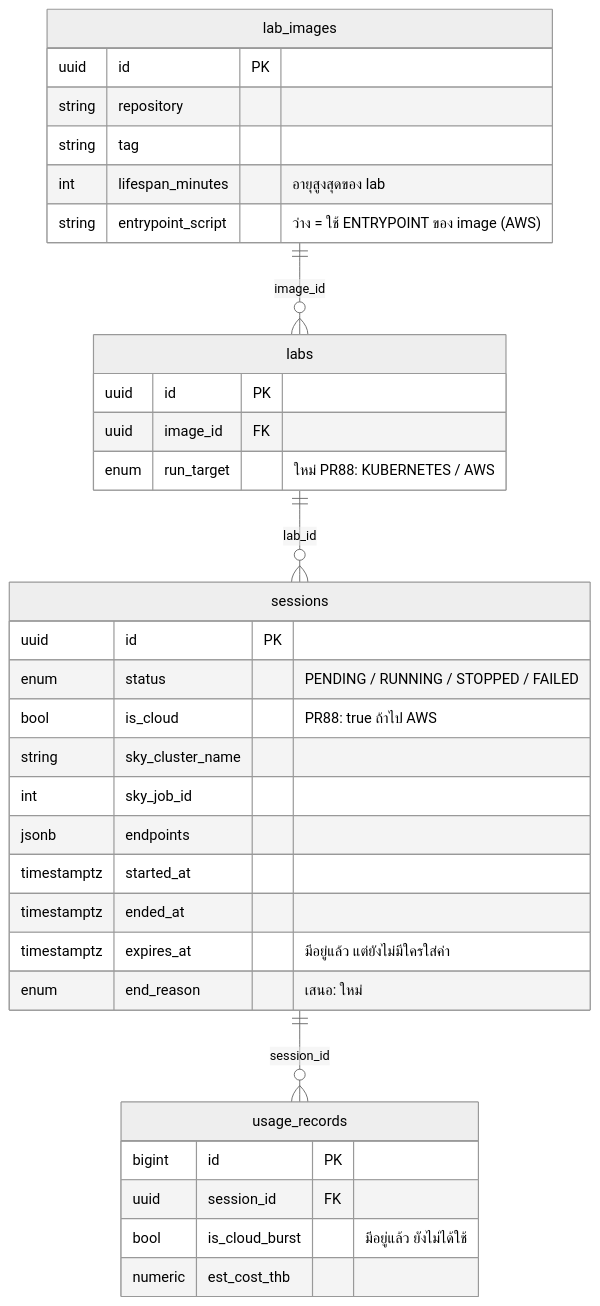
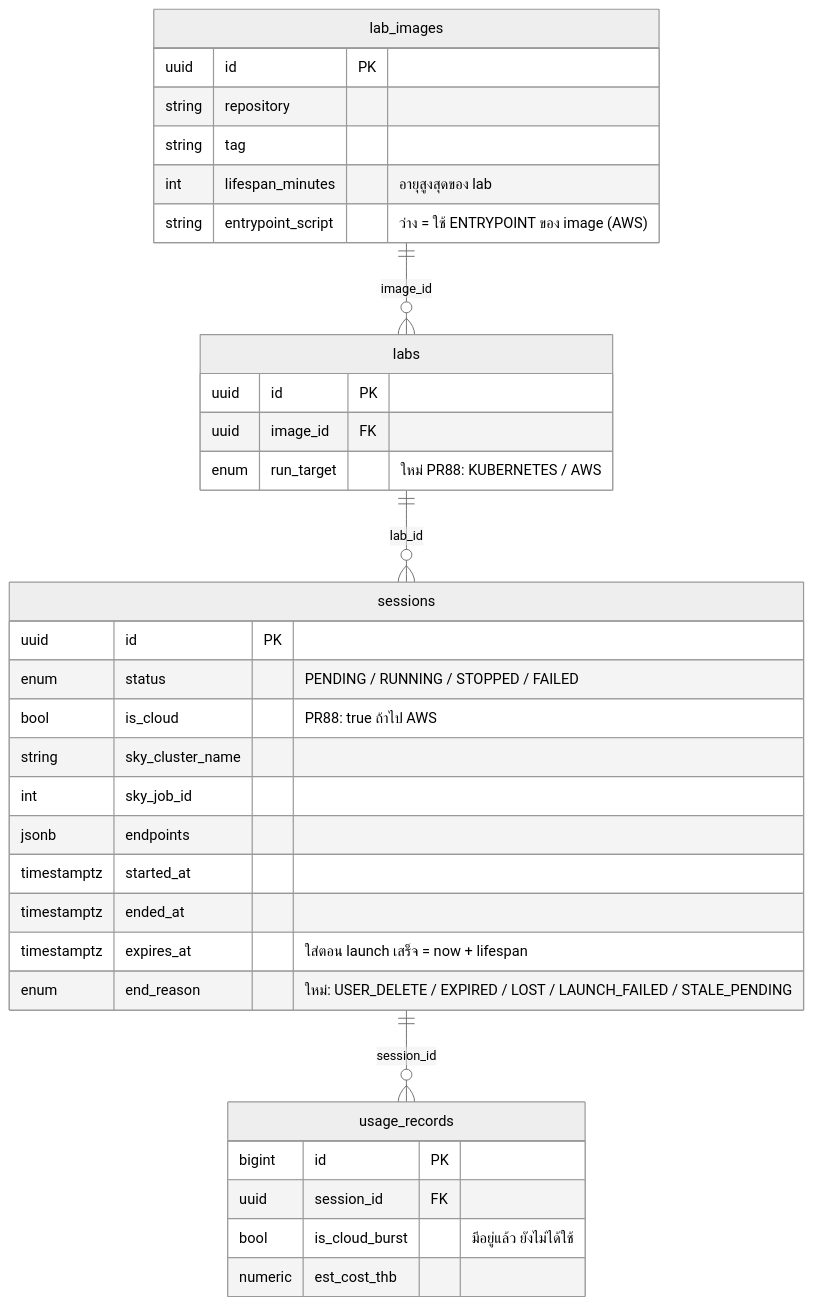
One commit to NawapatThumthaisong97/VirtualLabtest changed the seventh of 8 diagrams in docs/AWS_LAB_FLOW.md. Above: the diagram before and after it, drawn with Mermaid (neutral theme). The commit also changed other lines of this file and 2 other files, not shown here.

First line of the commit message:
docs(session): อัปเดต reconciler, end_reason และวิธี migrate

````diff
--- a/docs/AWS_LAB_FLOW.md
+++ b/docs/AWS_LAB_FLOW.md
@@ -214,37 +215,37 @@
 ```mermaid
 erDiagram
     labs ||--o{ sessions : "lab_id"
     lab_images ||--o{ labs : "image_id"
     sessions ||--o{ usage_records : "session_id"
 
     labs {
         uuid id PK
         uuid image_id FK
         enum run_target "ใหม่ PR88: KUBERNETES / AWS"
     }
     lab_images {
         uuid id PK
         string repository
         string tag
         int lifespan_minutes "อายุสูงสุดของ lab"
         string entrypoint_script "ว่าง = ใช้ ENTRYPOINT ของ image (AWS)"
     }
     sessions {
         uuid id PK
         enum status "PENDING / RUNNING / STOPPED / FAILED"
         bool is_cloud "PR88: true ถ้าไป AWS"
         string sky_cluster_name
         int sky_job_id
         jsonb endpoints
         timestamptz started_at
         timestamptz ended_at
-        timestamptz expires_at "มีอยู่แล้ว แต่ยังไม่มีใครใส่ค่า"
-        enum end_reason "เสนอ: ใหม่"
+        timestamptz expires_at "ใส่ตอน launch เสร็จ = now + lifespan"
+        enum end_reason "ใหม่: USER_DELETE / EXPIRED / LOST / LAUNCH_FAILED / STALE_PENDING"
     }
     usage_records {
         bigint id PK
         uuid session_id FK
         bool is_cloud_burst "มีอยู่แล้ว ยังไม่ได้ใช้"
         numeric est_cost_thb
     }
 ```
````
